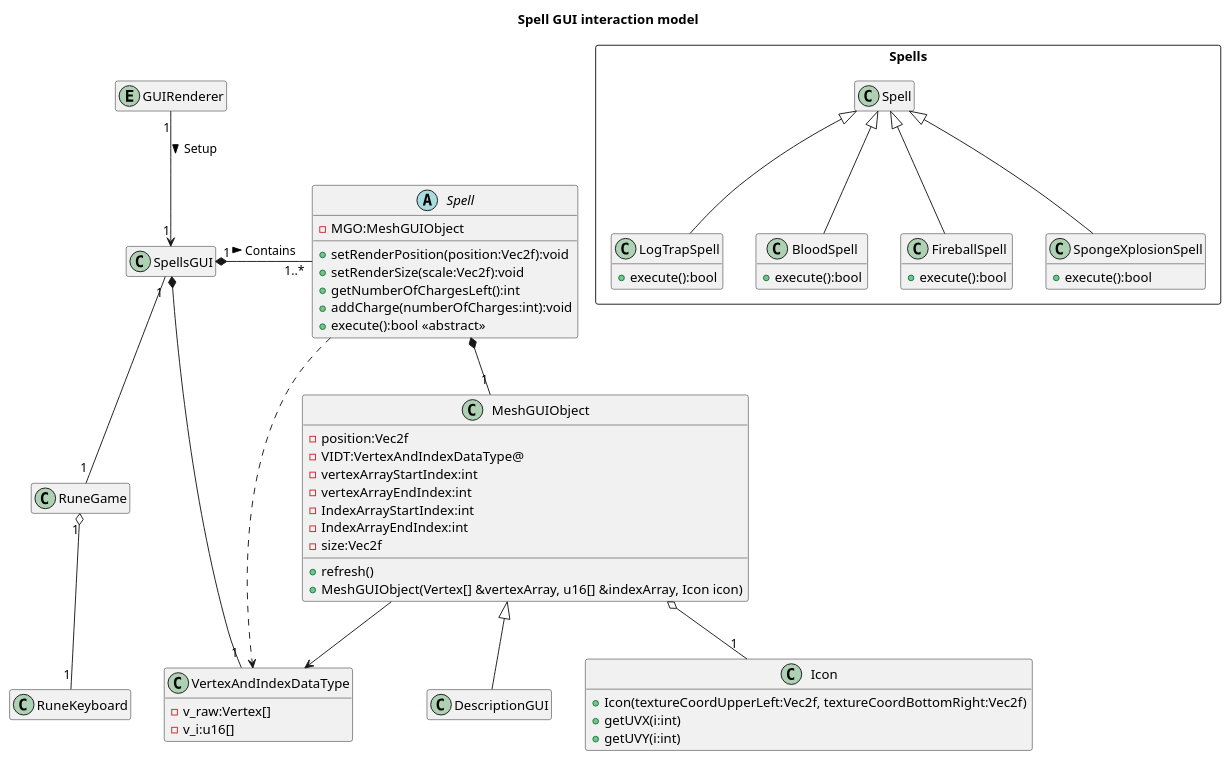
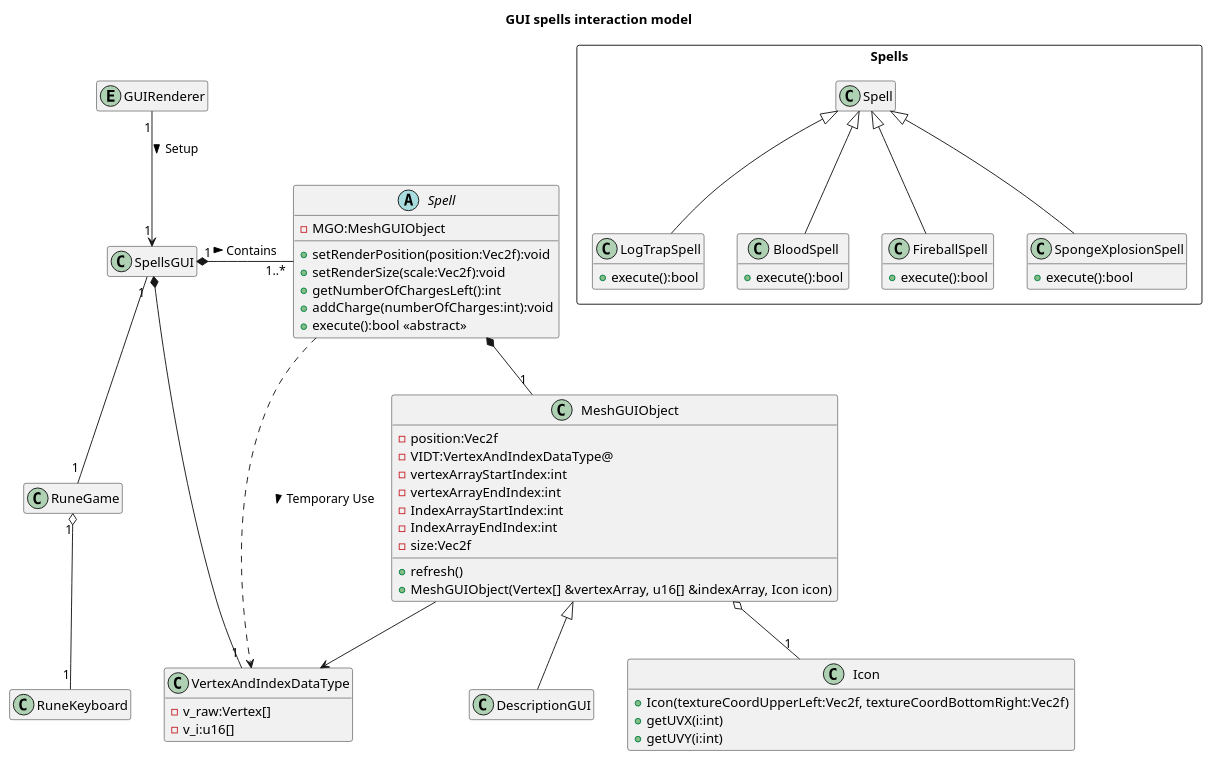
One commit to Kuift/The_Guiftmo_Project changed the diagram in docs/conception.puml. Above: the diagram before and after it, drawn with PlantUML. The commit also changed 1 other file, not shown here.

```diff
--- a/docs/conception.puml
+++ b/docs/conception.puml
@@ -1,76 +1,76 @@
 @startuml Conception
 
 skinparam defaultfontname Verdana
-title Spell GUI interaction model
+title GUI spells interaction model
 
 hide empty members
 abstract Spell
 {
     - MGO:MeshGUIObject
     + setRenderPosition(position:Vec2f):void
     + setRenderSize(scale:Vec2f):void
     + getNumberOfChargesLeft():int
     + addCharge(numberOfCharges:int):void
     + execute():bool <<abstract>>
 }
 class MeshGUIObject
 {
   - position:Vec2f
   - VIDT:VertexAndIndexDataType@
   - vertexArrayStartIndex:int
   - vertexArrayEndIndex:int
   - IndexArrayStartIndex:int
   - IndexArrayEndIndex:int
   - size:Vec2f
   + refresh()
   + MeshGUIObject(Vertex[] &vertexArray, u16[] &indexArray, Icon icon)
 }
 class DescriptionGUI extends MeshGUIObject
 {
 
 }
 
 class Icon
 {
   + Icon(textureCoordUpperLeft:Vec2f, textureCoordBottomRight:Vec2f)
   + getUVX(i:int)
   + getUVY(i:int)
 }
 package Spells <<Rectangle>> 
 {
   class LogTrapSpell extends Spell
   {
     + execute():bool
   }
   class BloodSpell extends Spell
   {
     + execute():bool
   }
   class FireballSpell extends Spell
   {
     + execute():bool
   }
   class SpongeXplosionSpell extends Spell
   {
     + execute():bool
   }
 }
 class VertexAndIndexDataType
 {
   - v_raw:Vertex[]
   - v_i:u16[]
 }
 class SpellsGUI
 Entity GUIRenderer
 class RuneGame
 class RuneKeyboard
 GUIRenderer "1"--> "1" SpellsGUI : Setup >
 SpellsGUI "1" *- "1..*" Spell : Contains >
 SpellsGUI "1" -- "1"  RuneGame
 RuneGame "1" o-- "1" RuneKeyboard
 Spell *-- "1" MeshGUIObject
 MeshGUIObject o-- "1" Icon
-SpellsGUI *-- "1" VertexAndIndexDataType
-Spell ..> VertexAndIndexDataType
+SpellsGUI *-- "1" VertexAndIndexDataType 
+Spell ..> VertexAndIndexDataType : Temporary Use >
 MeshGUIObject --> VertexAndIndexDataType
 @enduml
```
